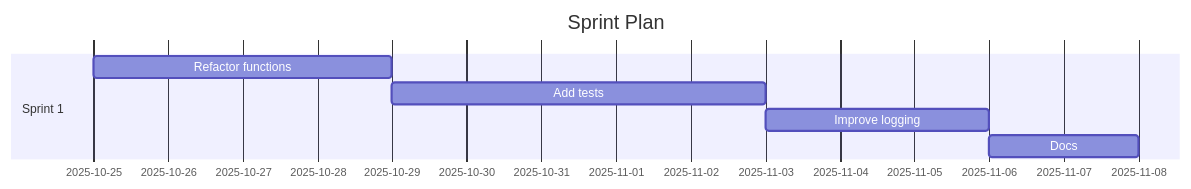
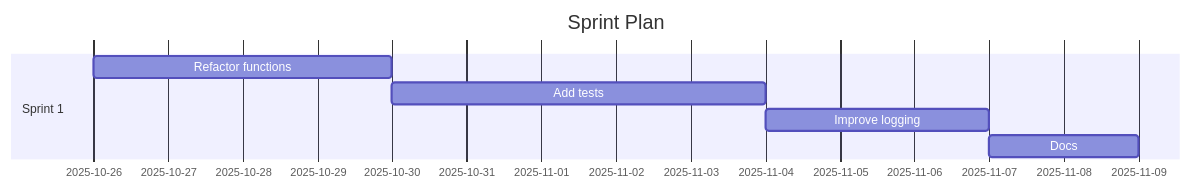
Before and after one commit to Anselmoo/mcp-ai-agent-guidelines: the diagram in demos/demo-code-analysis.sprint.md, drawn with Mermaid. The commit also changed other lines of this file and 22 other files, not shown here.

````diff
--- a/demos/demo-code-analysis.sprint.md
+++ b/demos/demo-code-analysis.sprint.md
@@ -59,11 +59,11 @@
 ```mermaid
 gantt
 	dateFormat  YYYY-MM-DD
 	title Sprint Plan
 %% Accessibility: Title=Project Sprint Plan; Description=Gantt chart of sprints and tasks over time. %%
   section Sprint 1
-  Refactor functions :s1t0, 2025-10-25, 4d
-  Add tests :s1t1, 2025-10-29, 5d
-  Improve logging :s1t2, 2025-11-03, 3d
-  Docs :s1t3, 2025-11-06, 2d
+  Refactor functions :s1t0, 2025-10-26, 4d
+  Add tests :s1t1, 2025-10-30, 5d
+  Improve logging :s1t2, 2025-11-04, 3d
+  Docs :s1t3, 2025-11-07, 2d
 ```
````
